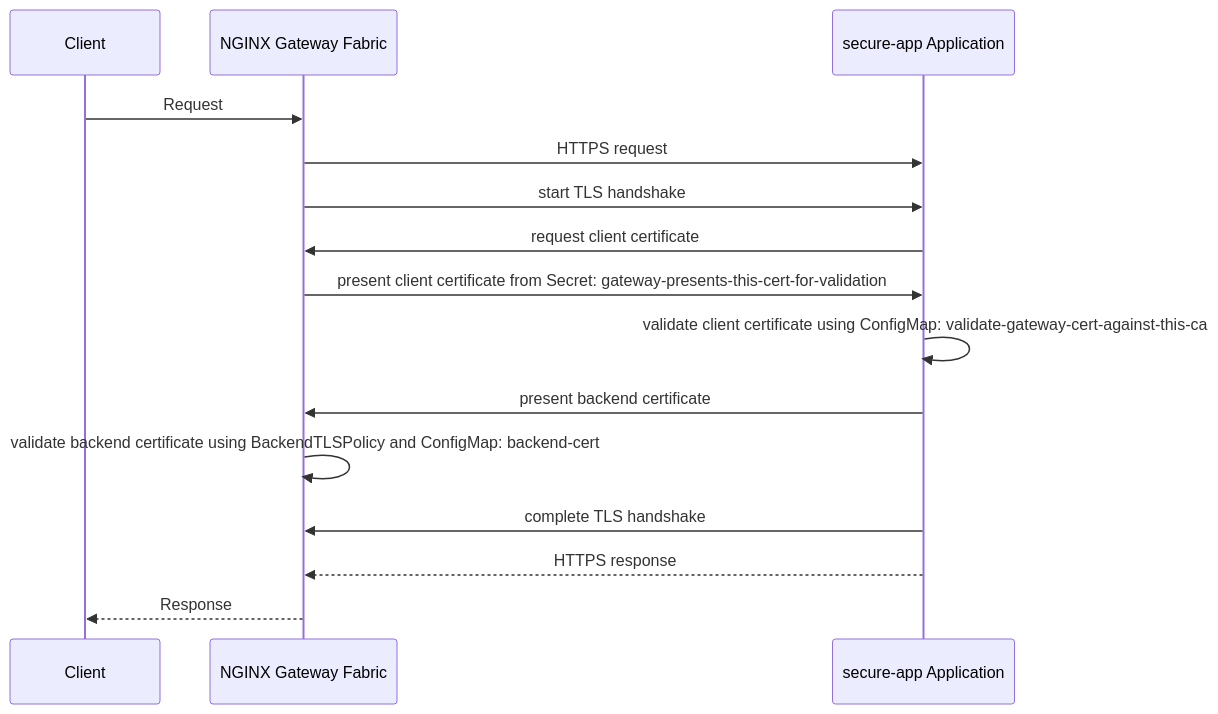
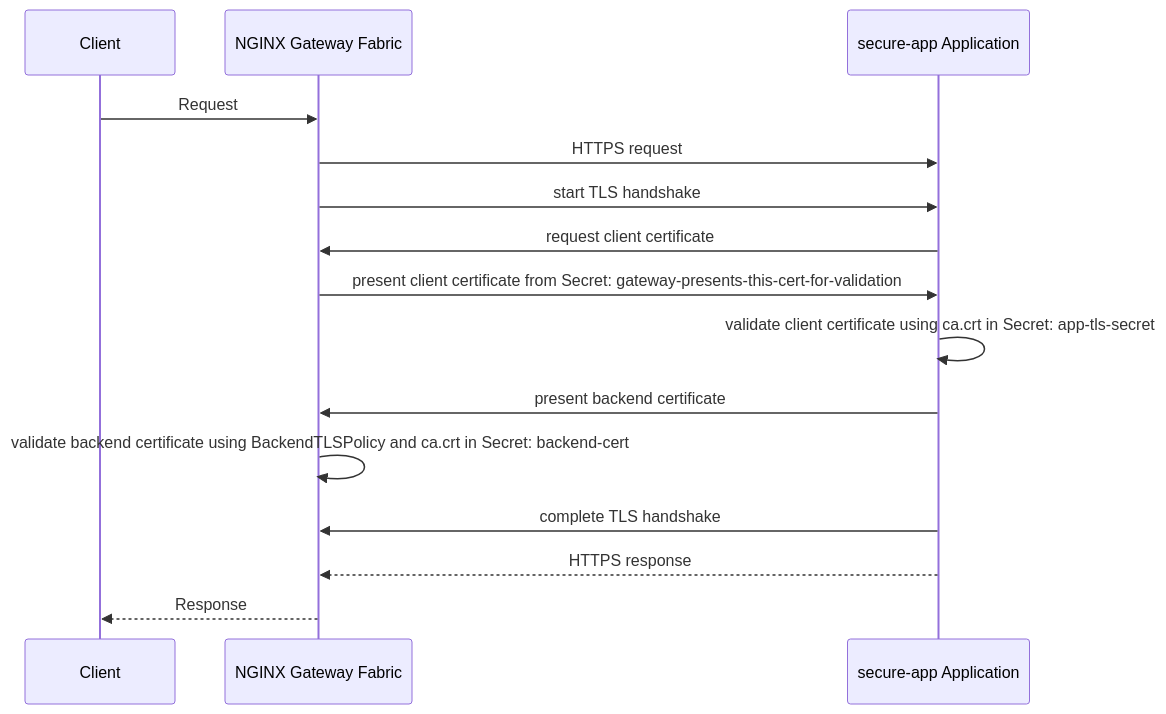
Before and after one commit to nginx/documentation: the diagram in content/ngf/traffic-security/secure-backend.md, drawn with Mermaid. The commit also changed other lines of this file and 5 other files, not shown here.

````diff
--- a/content/ngf/traffic-security/secure-backend.md
+++ b/content/ngf/traffic-security/secure-backend.md
@@ -20,18 +24,18 @@
 ```mermaid
 sequenceDiagram
     participant client as Client
     participant gw as NGINX Gateway Fabric
     participant app as secure-app Application
 
     client->>gw: Request
     gw->>app: HTTPS request
     gw->>app: start TLS handshake
     app->>gw: request client certificate
     gw->>app: present client certificate from Secret: gateway-presents-this-cert-for-validation
-    app->>app: validate client certificate using ConfigMap: validate-gateway-cert-against-this-ca
+    app->>app: validate client certificate using ca.crt in Secret: app-tls-secret
     app->>gw: present backend certificate
-    gw->>gw: validate backend certificate using BackendTLSPolicy and ConfigMap: backend-cert
+    gw->>gw: validate backend certificate using BackendTLSPolicy and ca.crt in Secret: backend-cert
     app->>gw: complete TLS handshake
     app-->>gw: HTTPS response
     gw-->>client: Response
 ```
````
